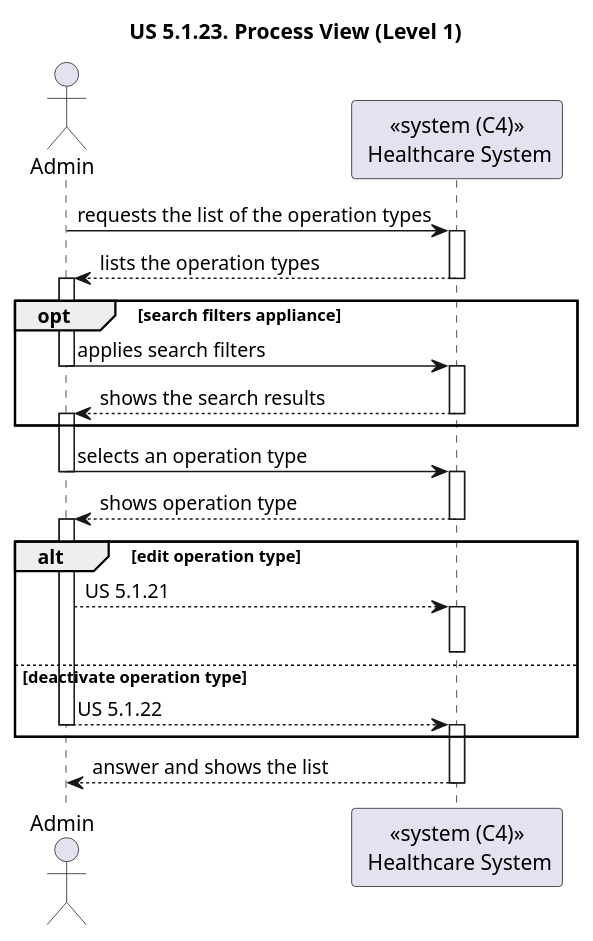
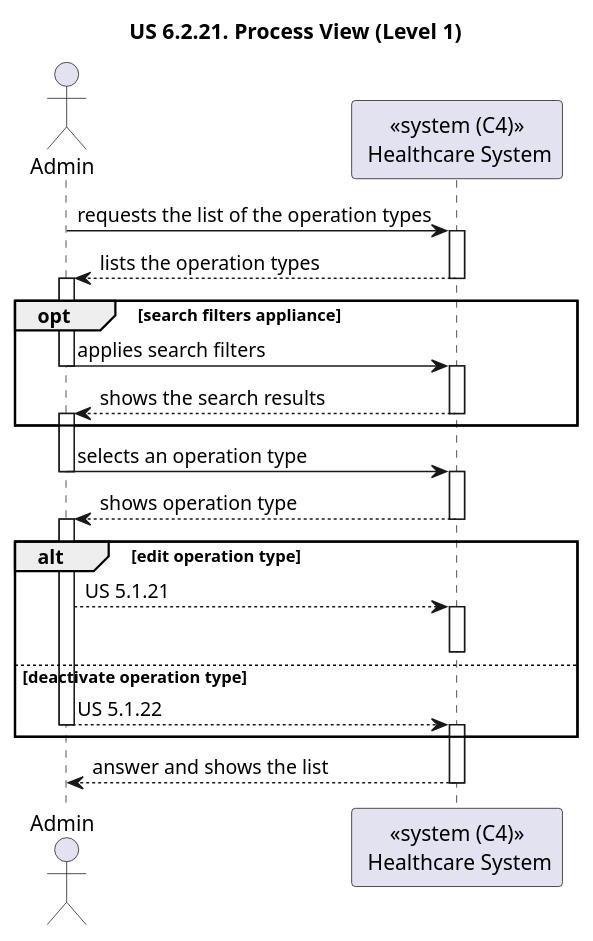
One commit to rita-barbosa/LAPR5-2425 changed the diagram in docs/sprint-2/1221933/us-6.2.21/diagrams/n1/process-view-nivel1.puml. Above: the diagram before and after it, drawn with PlantUML. The commit also changed 9 other files, not shown here.

Commit message:
DG38-346 | docs: adds process view of design.

```diff
--- a/docs/sprint-2/1221933/us-6.2.21/diagrams/n1/process-view-nivel1.puml
+++ b/docs/sprint-2/1221933/us-6.2.21/diagrams/n1/process-view-nivel1.puml
@@ -1,54 +1,54 @@
 @startuml
 'https://plantuml.com/sequence-diagram
 
-title "US 5.1.23. Process View (Level 1)"
+title "US 6.2.21. Process View (Level 1)"
 
 
 actor Admin as ADM
 participant "<<system (C4)>>\n Healthcare System" as SYS
 
 ADM -> SYS : requests the list of the operation types
 activate SYS
 
 SYS --> ADM : lists the operation types
 deactivate SYS
 activate ADM
 
 deactivate ADM
 
     opt search filters appliance
 
         ADM -> SYS : applies search filters
         deactivate ADM
         activate SYS
 
         SYS --> ADM : shows the search results
         deactivate SYS
         activate ADM
     end opt
 
 ADM -> SYS : selects an operation type
 deactivate ADM
 activate SYS
 
 SYS --> ADM : shows operation type
 deactivate SYS
 activate ADM
 
     alt  edit operation type
         ADM --> SYS : US 5.1.21
         activate SYS
         deactivate SYS
 
     else deactivate operation type
 
         ADM --> SYS : US 5.1.22
         deactivate ADM
         activate SYS
 
     end alt
 
 SYS --> ADM : answer and shows the list
 deactivate SYS
 
 @enduml
```
